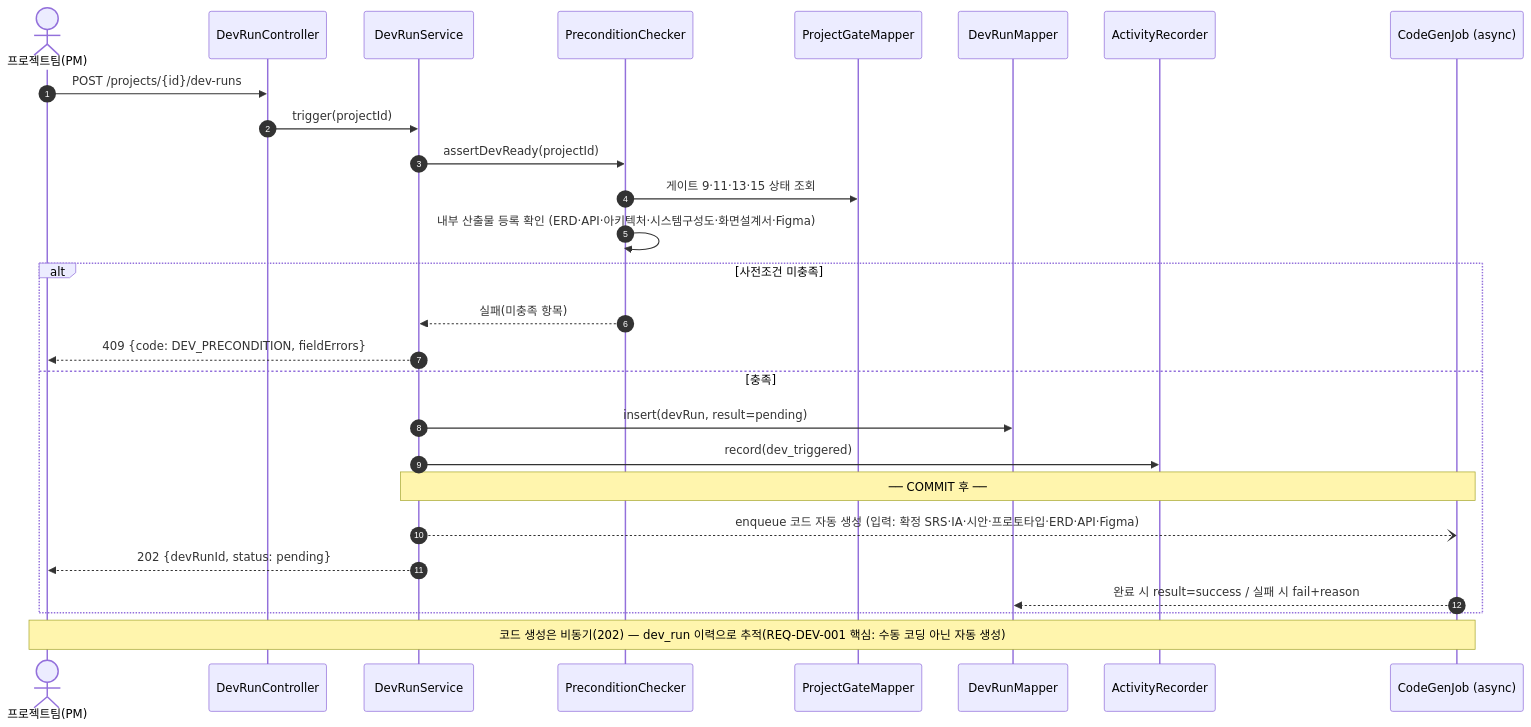
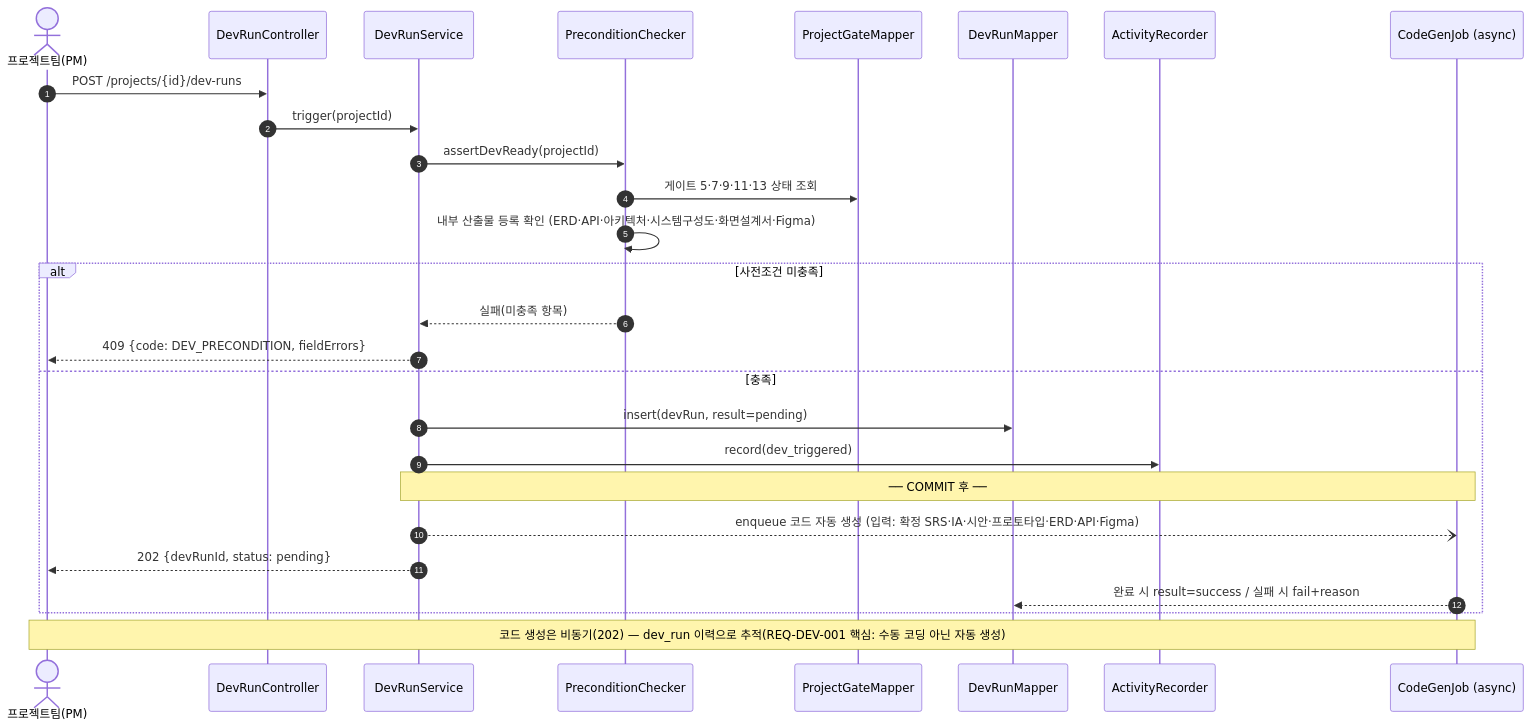
The seventh of 7 diagrams in docs/class-sequence.md (HyeonJ/sp-project-portal), drawn with Mermaid before and after one commit. The commit also changed other lines of this file and 86 other files, not shown here.

````diff
--- a/docs/class-sequence.md
+++ b/docs/class-sequence.md
@@ -290,29 +290,29 @@
 ```mermaid
 sequenceDiagram
     autonumber
     actor T as 프로젝트팀(PM)
     participant C as DevRunController
     participant S as DevRunService
     participant P as PreconditionChecker
     participant GM as ProjectGateMapper
     participant DM as DevRunMapper
     participant A as ActivityRecorder
     participant Q as CodeGenJob (async)
     T->>C: POST /projects/{id}/dev-runs
     C->>S: trigger(projectId)
     S->>P: assertDevReady(projectId)
-    P->>GM: 게이트 9·11·13·15 상태 조회
+    P->>GM: 게이트 5·7·9·11·13 상태 조회
     P->>P: 내부 산출물 등록 확인 (ERD·API·아키텍처·시스템구성도·화면설계서·Figma)
     alt 사전조건 미충족
         P-->>S: 실패(미충족 항목)
         S-->>T: 409 {code: DEV_PRECONDITION, fieldErrors}
     else 충족
         S->>DM: insert(devRun, result=pending)
         S->>A: record(dev_triggered)
         Note over S,Q: ── COMMIT 후 ──
         S--)Q: enqueue 코드 자동 생성 (입력: 확정 SRS·IA·시안·프로토타입·ERD·API·Figma)
         S-->>T: 202 {devRunId, status: pending}
         Q-->>DM: 완료 시 result=success / 실패 시 fail+reason
     end
     Note over T,Q: 코드 생성은 비동기(202) — dev_run 이력으로 추적(REQ-DEV-001 핵심: 수동 코딩 아닌 자동 생성)
 ```
````
